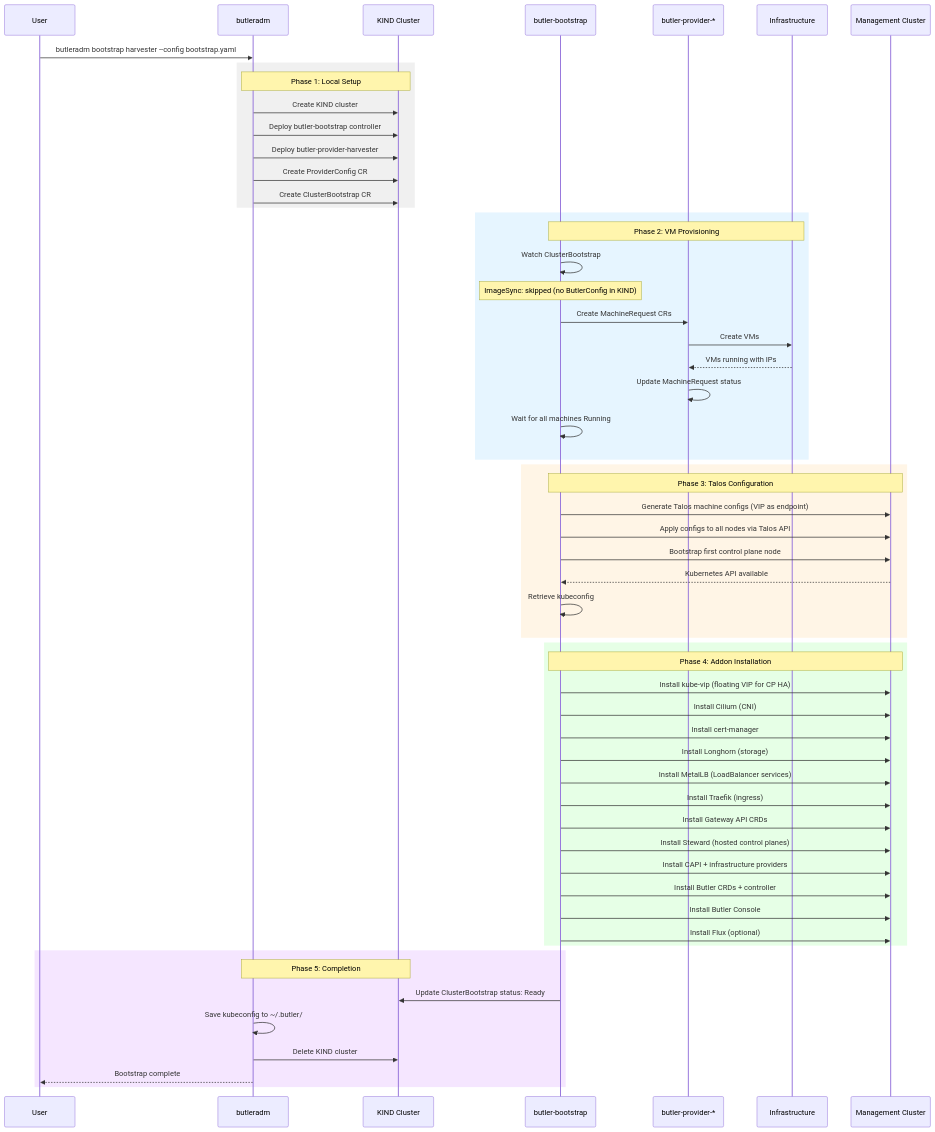
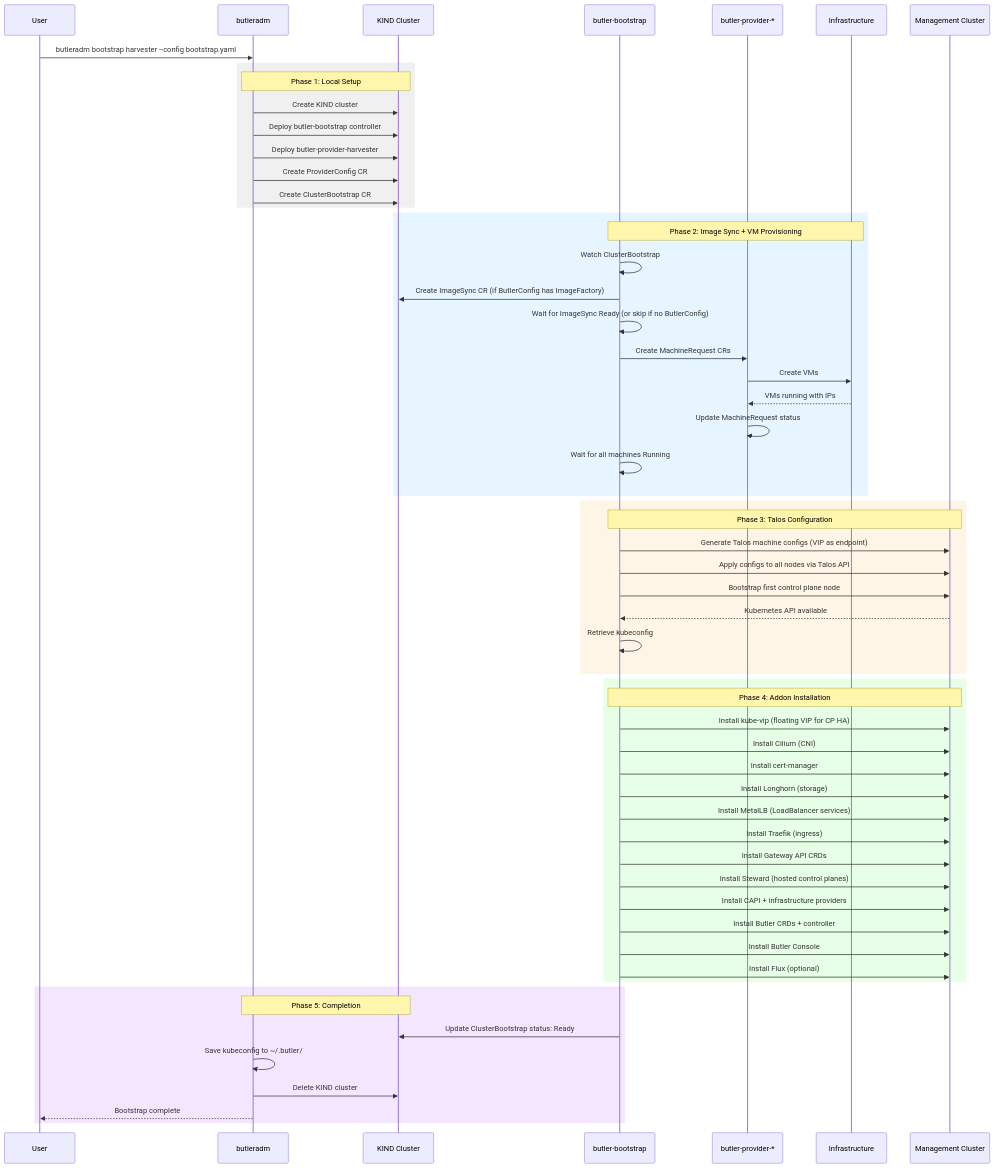
Before and after one commit to butlerdotdev/butler: the first of 2 diagrams in docs/architecture/bootstrap-flow.md, drawn with Mermaid. The commit also changed other lines of this file, not shown here.

First line of the commit message:
docs: frame ImageSync as intended bootstrap flow

````diff
--- a/docs/architecture/bootstrap-flow.md
+++ b/docs/architecture/bootstrap-flow.md
@@ -39,65 +39,66 @@
 ```mermaid
 sequenceDiagram
     participant User
     participant CLI as butleradm
     participant KIND as KIND Cluster
     participant Bootstrap as butler-bootstrap
     participant Provider as butler-provider-*
     participant Infra as Infrastructure
     participant MC as Management Cluster
 
     User->>CLI: butleradm bootstrap harvester --config bootstrap.yaml
 
     rect rgb(240, 240, 240)
         Note over CLI,KIND: Phase 1: Local Setup
         CLI->>KIND: Create KIND cluster
         CLI->>KIND: Deploy butler-bootstrap controller
         CLI->>KIND: Deploy butler-provider-harvester
         CLI->>KIND: Create ProviderConfig CR
         CLI->>KIND: Create ClusterBootstrap CR
     end
 
     rect rgb(230, 245, 255)
-        Note over Bootstrap,Infra: Phase 2: VM Provisioning
+        Note over Bootstrap,Infra: Phase 2: Image Sync + VM Provisioning
         Bootstrap->>Bootstrap: Watch ClusterBootstrap
-        Note over Bootstrap: ImageSync: skipped (no ButlerConfig in KIND)
+        Bootstrap->>KIND: Create ImageSync CR (if ButlerConfig has ImageFactory)
+        Bootstrap->>Bootstrap: Wait for ImageSync Ready (or skip if no ButlerConfig)
         Bootstrap->>Provider: Create MachineRequest CRs
         Provider->>Infra: Create VMs
         Infra-->>Provider: VMs running with IPs
         Provider->>Provider: Update MachineRequest status
         Bootstrap->>Bootstrap: Wait for all machines Running
     end
 
     rect rgb(255, 245, 230)
         Note over Bootstrap,MC: Phase 3: Talos Configuration
         Bootstrap->>MC: Generate Talos machine configs (VIP as endpoint)
         Bootstrap->>MC: Apply configs to all nodes via Talos API
         Bootstrap->>MC: Bootstrap first control plane node
         MC-->>Bootstrap: Kubernetes API available
         Bootstrap->>Bootstrap: Retrieve kubeconfig
     end
 
     rect rgb(230, 255, 230)
         Note over Bootstrap,MC: Phase 4: Addon Installation
         Bootstrap->>MC: Install kube-vip (floating VIP for CP HA)
         Bootstrap->>MC: Install Cilium (CNI)
         Bootstrap->>MC: Install cert-manager
         Bootstrap->>MC: Install Longhorn (storage)
         Bootstrap->>MC: Install MetalLB (LoadBalancer services)
         Bootstrap->>MC: Install Traefik (ingress)
         Bootstrap->>MC: Install Gateway API CRDs
         Bootstrap->>MC: Install Steward (hosted control planes)
         Bootstrap->>MC: Install CAPI + infrastructure providers
         Bootstrap->>MC: Install Butler CRDs + controller
         Bootstrap->>MC: Install Butler Console
         Bootstrap->>MC: Install Flux (optional)
     end
 
     rect rgb(245, 230, 255)
         Note over CLI,KIND: Phase 5: Completion
         Bootstrap->>KIND: Update ClusterBootstrap status: Ready
         CLI->>CLI: Save kubeconfig to ~/.butler/
         CLI->>KIND: Delete KIND cluster
         CLI-->>User: Bootstrap complete
     end
 ```
````
